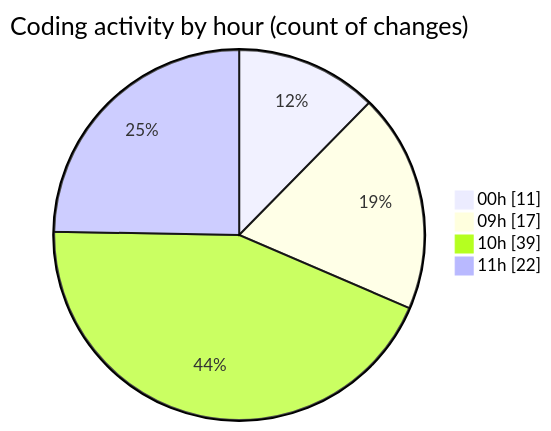
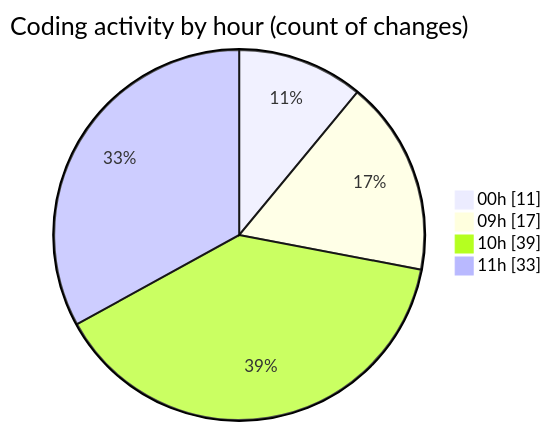
Before and after one commit to momahboobian/code-tracking: the second of 2 diagrams in 2026-09-02/cda/README.md, drawn with Mermaid. The commit also changed other lines of this file and 1 other file, not shown here.

````diff
--- a/2026-09-02/cda/README.md
+++ b/2026-09-02/cda/README.md
@@ -36,8 +36,8 @@
 ```mermaid
 pie showData
 title Coding activity by hour (count of changes)
 "00h" : 11
 "09h" : 17
 "10h" : 39
-"11h" : 22
+"11h" : 33
 ```
````
